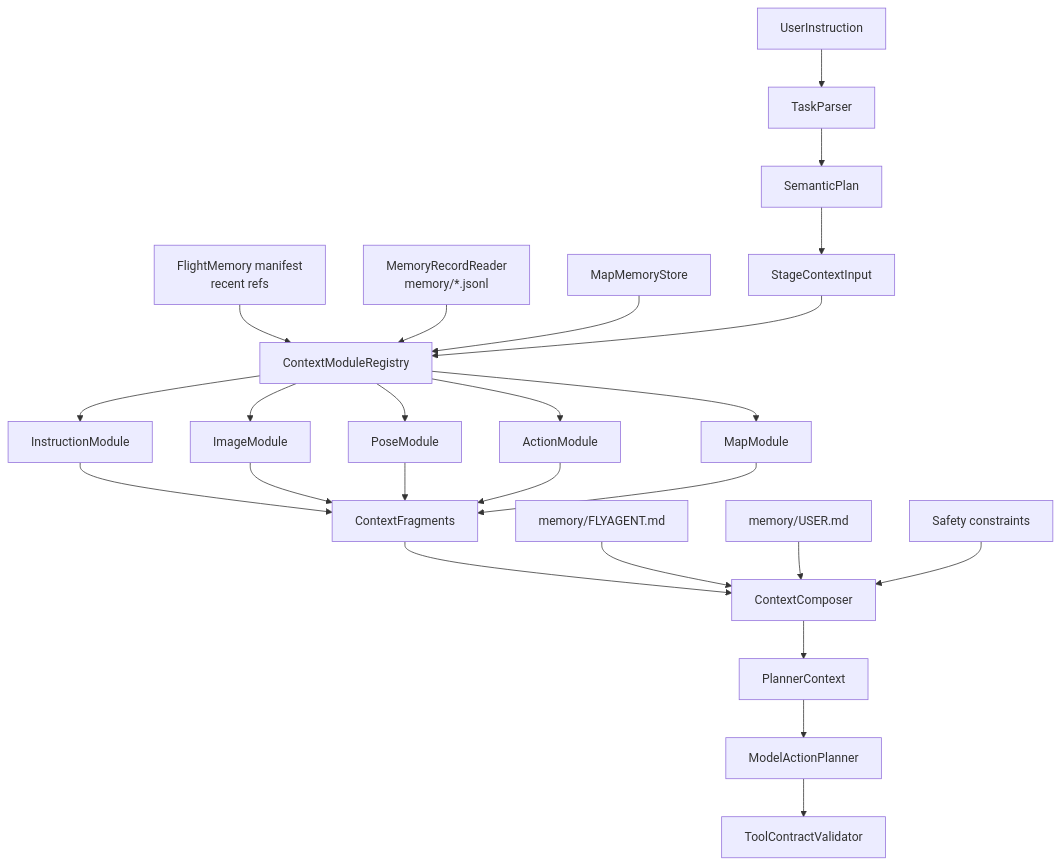
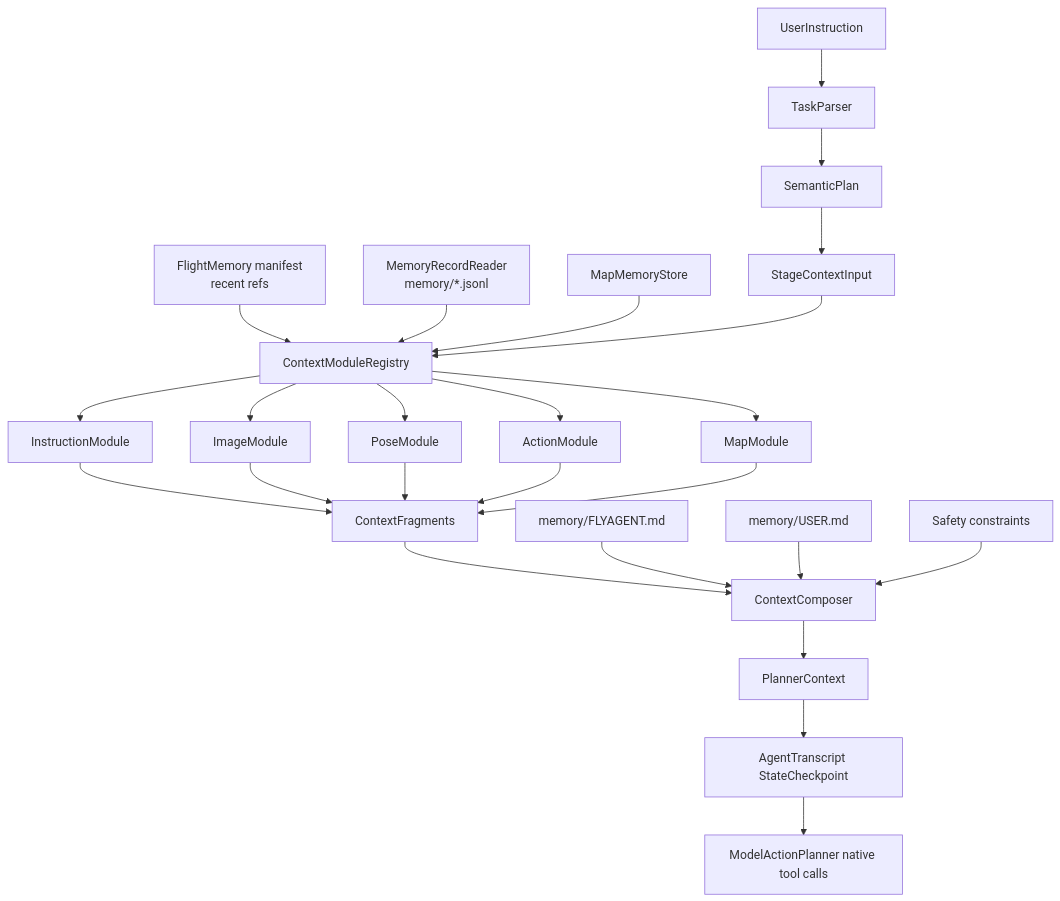
The diagram in docs/memory_system/03_context_composition.md (LZ6years/AeroPilot), drawn with Mermaid before and after one commit. The commit also changed other lines of this file and 59 other files, not shown here.

````diff
--- a/docs/memory_system/03_context_composition.md
+++ b/docs/memory_system/03_context_composition.md
@@ -18,31 +18,31 @@
 ```mermaid
 flowchart TD
     U["UserInstruction"] --> TP["TaskParser"]
     TP --> SP["SemanticPlan"]
     SP --> SI["StageContextInput"]
 
     FM["FlightMemory manifest<br/>recent refs"] --> REG["ContextModuleRegistry"]
     MR["MemoryRecordReader<br/>memory/*.jsonl"] --> REG
     MM["MapMemoryStore"] --> REG
     SI --> REG
 
     REG --> IM["InstructionModule"]
     REG --> IMG["ImageModule"]
     REG --> PM["PoseModule"]
     REG --> AM["ActionModule"]
     REG --> MAP["MapModule"]
 
     IM --> FR["ContextFragments"]
     IMG --> FR
     PM --> FR
     AM --> FR
     MAP --> FR
 
     FR --> CC["ContextComposer"]
     FLY["memory/FLYAGENT.md"] --> CC
     USER["memory/USER.md"] --> CC
     SAFE["Safety constraints"] --> CC
     CC --> PC["PlannerContext"]
-    PC --> MAPL["ModelActionPlanner"]
-    MAPL --> TCV["ToolContractValidator"]
+    PC --> TR["AgentTranscript StateCheckpoint"]
+    TR --> MAPL["ModelActionPlanner native tool calls"]
 ```
````
